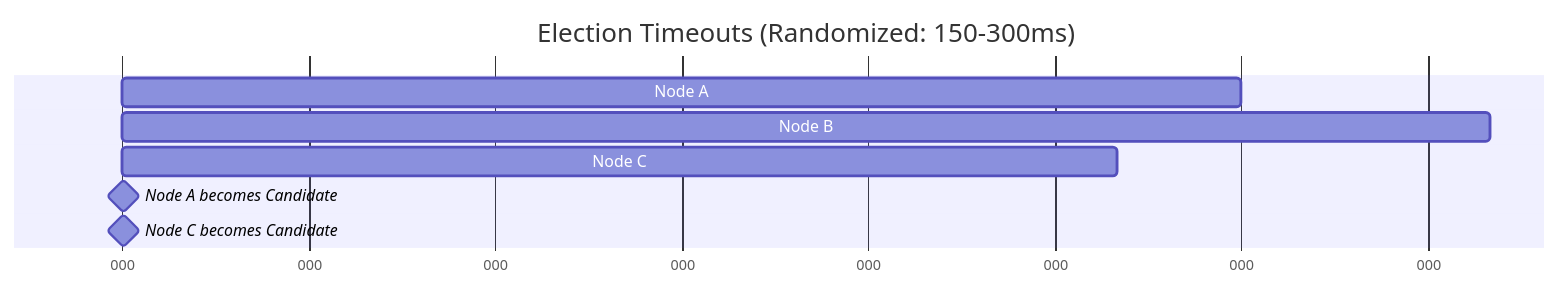
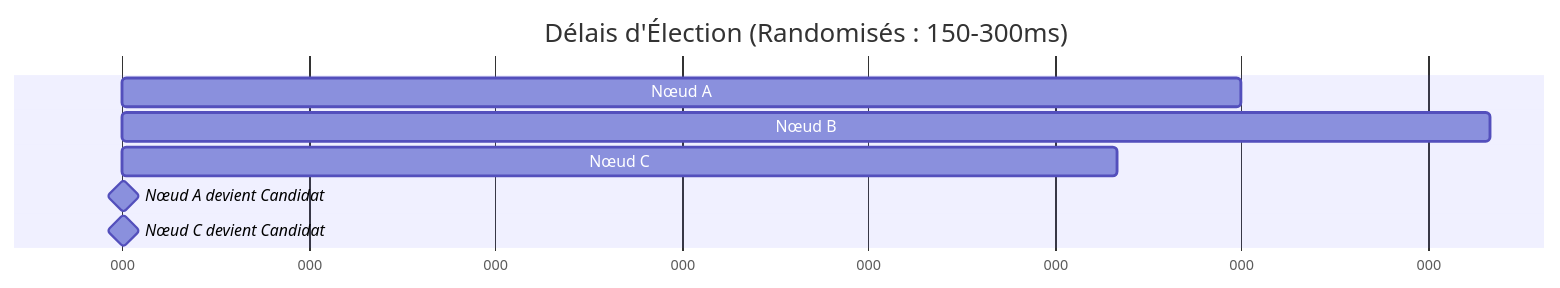
Before and after one commit to dardourimohamed/distributed-systems-course: the fourth of 4 diagrams in src/consensus/13-raft-leader-election.md, drawn with Mermaid. The commit also changed other lines of this file and 38 other files, not shown here.

````diff
--- a/src/consensus/13-raft-leader-election.md
+++ b/src/consensus/13-raft-leader-election.md
@@ -182,13 +183,13 @@
 ```mermaid
 gantt
-    title Election Timeouts (Randomized: 150-300ms)
+    title Délais d'Élection (Randomisés : 150-300ms)
     dateFormat X
     axisFormat %L
 
-    Node A :a1, 0, 180
-    Node B :b1, 0, 220
-    Node C :c1, 0, 160
+    Nœud A :a1, 0, 180
+    Nœud B :b1, 0, 220
+    Nœud C :c1, 0, 160
 
-    Node A becomes Candidate :milestone, m1, 180, 0s
-    Node C becomes Candidate :milestone, m2, 160, 0s
+    Nœud A devient Candidat :milestone, m1, 180, 0s
+    Nœud C devient Candidat :milestone, m2, 160, 0s
 ```
````
